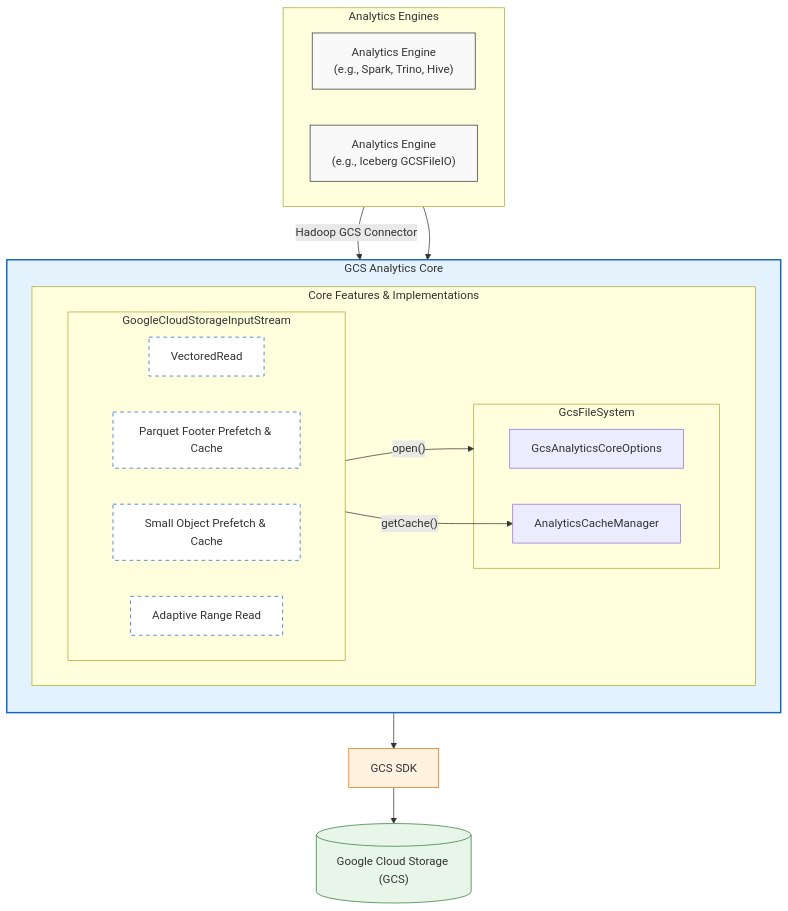
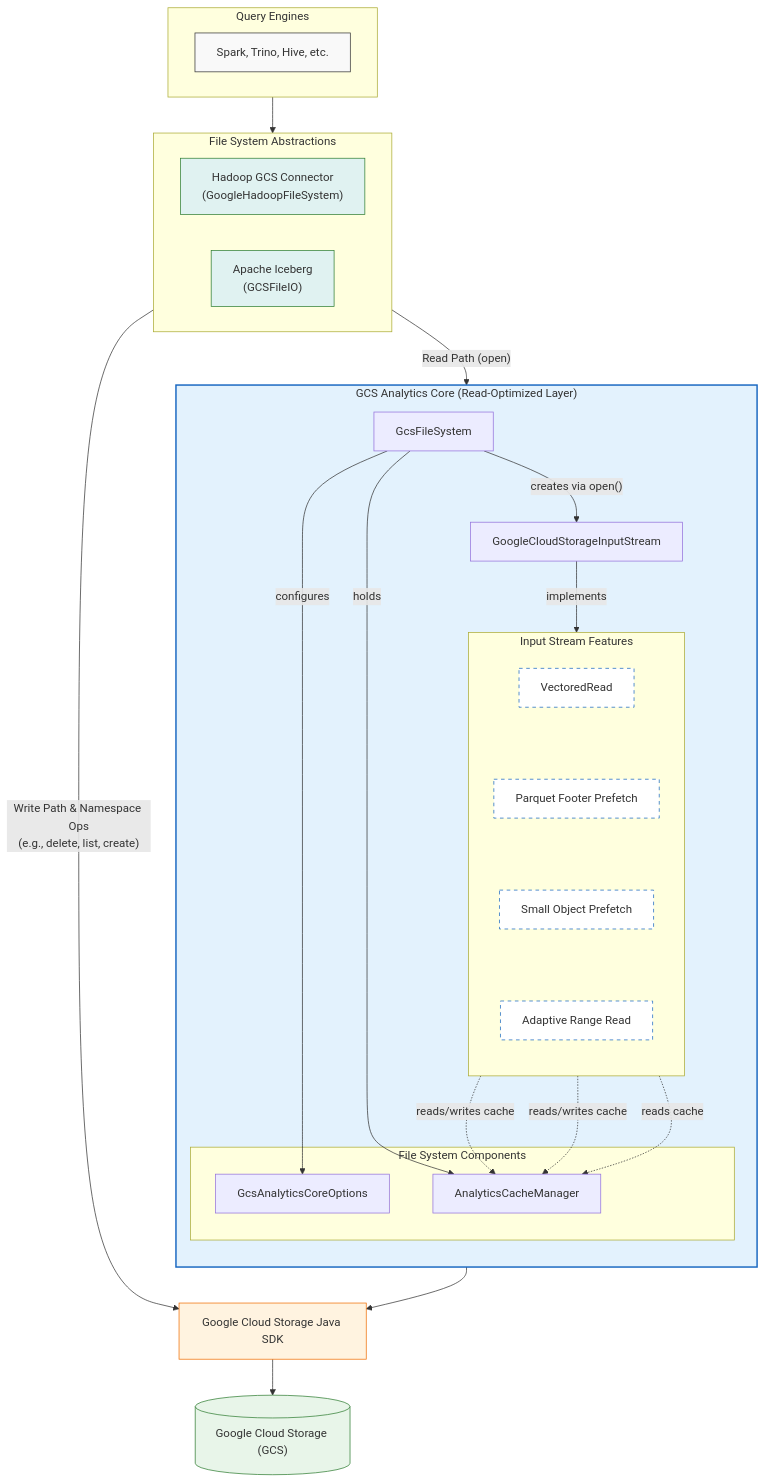
One commit to GoogleCloudPlatform/gcs-analytics-core changed the diagram in README.md. Above: the diagram before and after it, drawn with Mermaid. The commit also changed other lines of this file, not shown here.

Commit message:
docs(core): update architecture diagram
- Combined query engines into single node
- Stacked input stream features vertically
- Fixed arrow rendering by extracting explicit nodes for GcsFileSystem and Stream

````diff
--- a/README.md
+++ b/README.md
@@ -31,56 +31,78 @@
 ```mermaid
 graph TD
-    %% Top Layer: Analytics Engines
-    subgraph Clients ["Analytics Engines"]
+    %% Top Layer: Query Engines
+    subgraph Engines ["Query Engines"]
+        QE["Spark, Trino, Hive, etc."]
+    end
+
+    %% Abstraction Layer
+    subgraph Abstractions ["File System Abstractions"]
         direction LR
-        AE1["Analytics Engine<br>(e.g., Spark, Trino, Hive)"]
-        AE2["Analytics Engine<br>(e.g., Iceberg GCSFileIO)"]
+        FSA1["Hadoop GCS Connector<br>(GoogleHadoopFileSystem)"]
+        FSA2["Apache Iceberg<br>(GCSFileIO)"]
     end
 
     %% Middle Layer: GCS Analytics Core
-    subgraph Core ["GCS Analytics Core"]
+    subgraph Core ["GCS Analytics Core (Read-Optimized Layer)"]
         direction TB
-        %% Internal Components representing the features from the text
-        subgraph Features ["Core Features & Implementations"]
+
+        GFS_NODE["GcsFileSystem"]
+        GCSIS_NODE["GoogleCloudStorageInputStream"]
+
+        subgraph GFS ["File System Components"]
+            GACO["GcsAnalyticsCoreOptions"]
+            ACM["AnalyticsCacheManager"]
+        end
+
+        subgraph GCSIS ["Input Stream Features"]
             direction TB
-            subgraph GCSIS ["GoogleCloudStorageInputStream"]
-                VIO["VectoredRead"]
-                PFP["Parquet Footer Prefetch & Cache"]
-                SOP["Small Object Prefetch & Cache"]
-                ARR["Adaptive Range Read"]
-            end
-            subgraph GFS ["GcsFileSystem"]
-                GACO["GcsAnalyticsCoreOptions"]
-                ACM["AnalyticsCacheManager"]
-            end
-            direction LR
-            GCSIS -- "open()" -->  GFS
-            GCSIS -- "getCache()" --> ACM
+            VIO["VectoredRead"]
+            PFP["Parquet Footer Prefetch"]
+            SOP["Small Object Prefetch"]
+            ARR["Adaptive Range Read"]
+
+            VIO ~~~ PFP ~~~ SOP ~~~ ARR
         end
+
+        GFS_NODE -- "configures" --> GACO
+        GFS_NODE -- "holds" --> ACM
+
+        GCSIS_NODE -- "implements" --> VIO
+
+        GFS_NODE -- "creates via open()" --> GCSIS_NODE
+
+        PFP -. "reads/writes cache" .-> ACM
+        SOP -. "reads/writes cache" .-> ACM
+        VIO -. "reads cache" .-> ACM
     end
 
     %% Lower Layers
-    Lib["GCS SDK"]
+    Lib["Google Cloud Storage Java SDK"]
     GCS[("Google Cloud Storage (GCS)")]
 
     %% Relationships
-    AE1 -- "Hadoop GCS Connector" --> Core
-    AE2 --> Core
+    Engines --> Abstractions
+
+    %% Scope Clarification: Core is Read-Only
+    Abstractions -- "Read Path (open)" --> Core
+    Abstractions -- "Write Path & Namespace Ops<br>(e.g., delete, list, create)" --> Lib
 
     %% Flow downwards
     Core --> Lib
     Lib --> GCS
 
     %% Styling for visual clarity
     classDef engine fill:#f9f9f9,stroke:#333,stroke-width:1px;
+    classDef abstraction fill:#e0f2f1,stroke:#2e7d32,stroke-width:1px;
     classDef core fill:#e3f2fd,stroke:#1565c0,stroke-width:2px;
     classDef feature fill:#ffffff,stroke:#1565c0,stroke-dasharray: 5 5;
     classDef lib fill:#fff3e0,stroke:#ef6c00,stroke-width:1px;
     classDef storage fill:#e8f5e9,stroke:#2e7d32,stroke-width:1px;
 
-    class AE1,AE2 engine;
+    class QE engine;
+    class FSA1,FSA2 abstraction;
     class Core core;
     class VIO,PFP,SOP,ARR feature;
     class Lib lib;
     class GCS storage;
 ```
````
